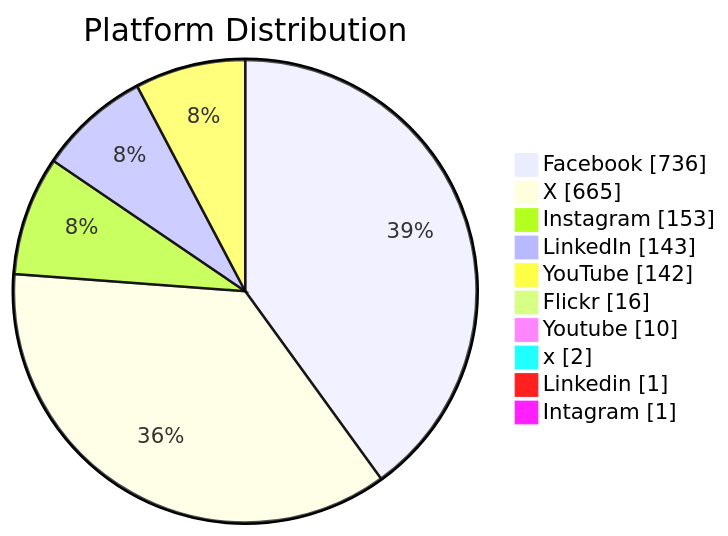
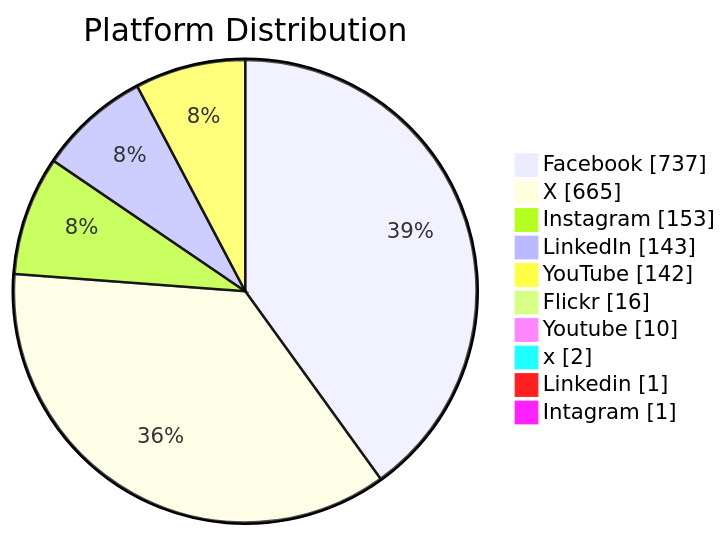
Before and after one commit to PatLittle/GC-Socials: the fourth of 8 diagrams in README.md, drawn with Mermaid. The commit also changed other lines of this file, not shown here.

Commit message:
Update README with Platform Distribution pie chart

````diff
--- a/README.md
+++ b/README.md
@@ -146,13 +147,13 @@
 ```mermaid
 pie showData title Platform Distribution
-    "Facebook": 736
+    "Facebook": 737
     "X": 665
     "Instagram": 153
     "LinkedIn": 143
     "YouTube": 142
     "Flickr": 16
     "Youtube": 10
     "x": 2
     "Linkedin": 1
     "Intagram": 1
 ```
````
